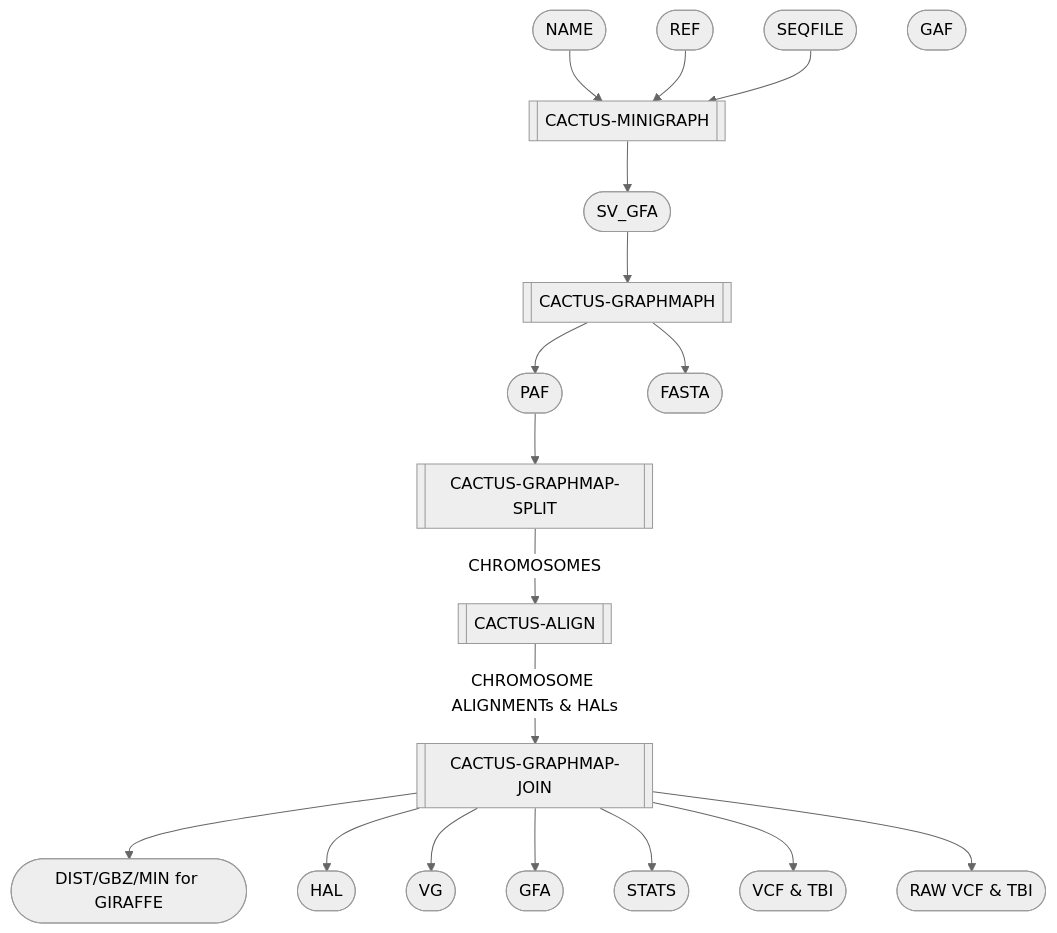
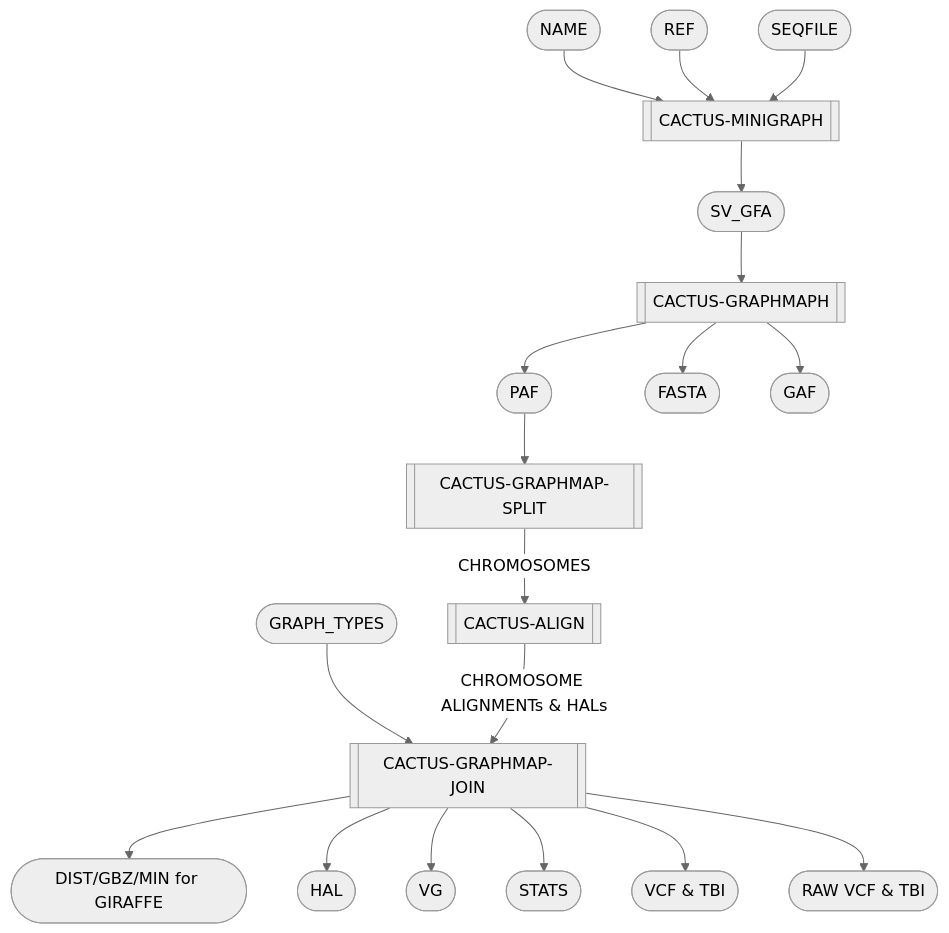
Before and after one commit to twlab/cig-pipelines: the diagram in wdl/pipelines/pangenome/mcgb.doc.md, drawn with Mermaid (neutral theme). The commit also changed other lines of this file, not shown here.

````diff
--- a/wdl/pipelines/pangenome/mcgb.doc.md
+++ b/wdl/pipelines/pangenome/mcgb.doc.md
@@ -6,31 +6,31 @@
 ```mermaid
   flowchart TB;
       i1([NAME]);
       i2([REF]);
-      i3([SEQFILE])
+      i3([SEQFILE]);
+      i4([GRAPH_TYPES]);
 
       s1[[CACTUS-MINIGRAPH]];
       s2[[CACTUS-GRAPHMAPH]];
       s3[[CACTUS-GRAPHMAP-SPLIT]];
       s4[[CACTUS-ALIGN]];
       s5[[CACTUS-GRAPHMAP-JOIN]];
 
-      o11([SV_GFA])
-      o21([PAF])
-      o22([FASTA])
-      o23([GAF])
-      o51([DIST/GBZ/MIN for GIRAFFE])
-      o52([HAL])
-      o53([VG])
-      o54([GFA])
-      o55([STATS])
-      o56([VCF & TBI])
-      o57([RAW VCF & TBI])
+      o11([SV_GFA]);
+      o21([PAF]);
+      o22([FASTA]);
+      o23([GAF]);
+      o51([DIST/GBZ/MIN for GIRAFFE]);
+      o52([HAL]);
+      o53([VG]);
+      o55([STATS]);
+      o56([VCF & TBI]);
+      o57([RAW VCF & TBI]);
 
       i1-->s1; i2-->s1; i3-->s1; s1-->o11;
-      o11-->s2; s2-->o21; s2-->o22;
+      o11-->s2; s2-->o21; s2-->o22; s2-->o23;
       o21-->s3;
       s3--CHROMOSOMES-->s4;
-      s4--CHROMOSOME ALIGNMENTs & HALs -->s5;
-      s5-->o51; s5-->o52; s5-->o53; s5-->o54; s5-->o55; s5-->o56; s5-->o57
+      i4-->s5; s4--CHROMOSOME ALIGNMENTs & HALs -->s5;
+      s5-->o51; s5-->o52; s5-->o53; s5-->o55; s5-->o56; s5-->o57; 
 ```
````
